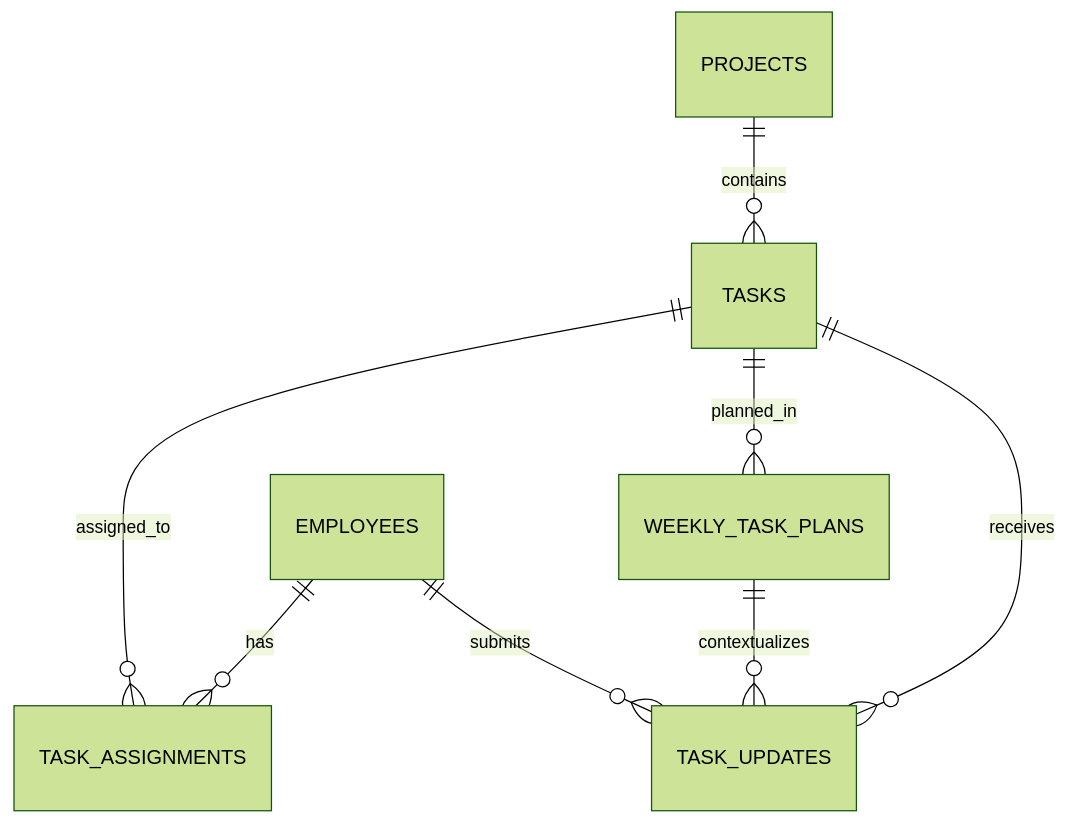
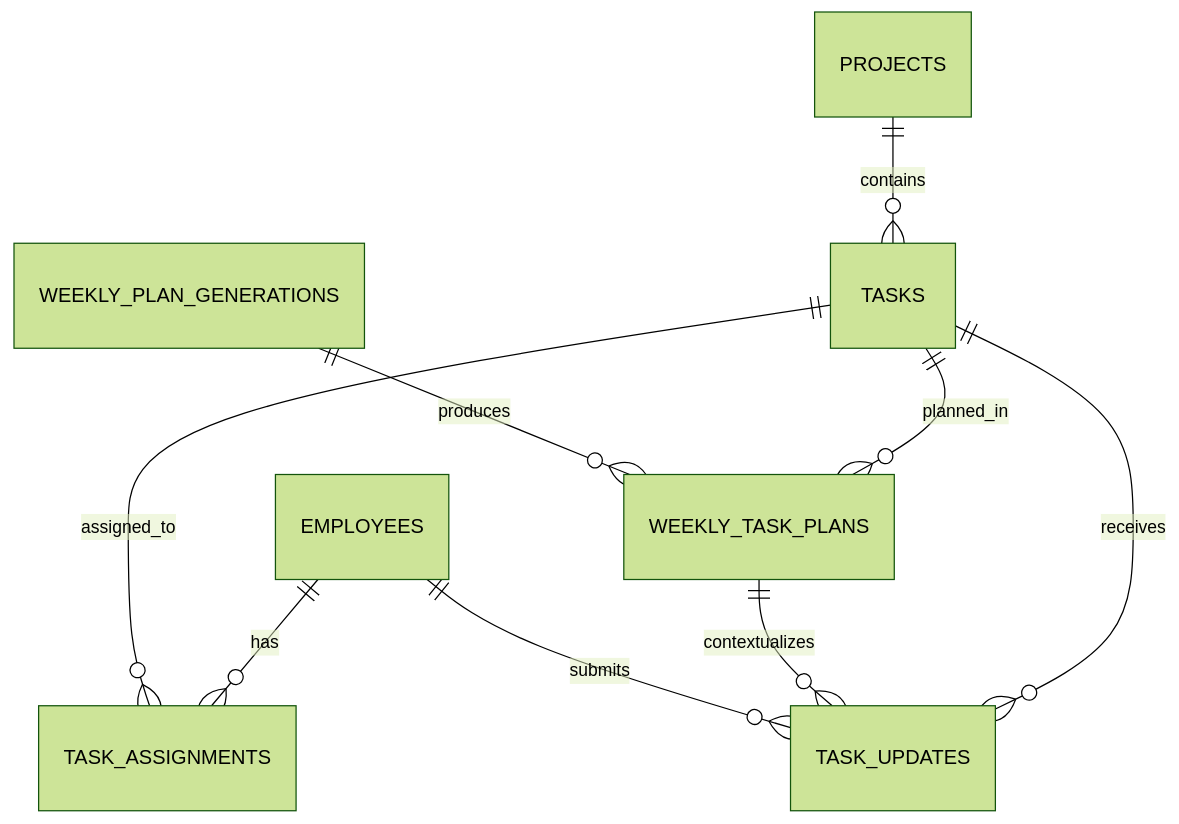
Before and after one commit to dabbitz/weekly-worker-tracker: the second of 2 diagrams in README.md, drawn with Mermaid (forest theme). The commit also changed other lines of this file and 24 other files, not shown here.

````diff
--- a/README.md
+++ b/README.md
@@ -300,10 +332,11 @@
 ```mermaid
 erDiagram
     EMPLOYEES ||--o{ TASK_ASSIGNMENTS : has
     TASKS ||--o{ TASK_ASSIGNMENTS : assigned_to
     PROJECTS ||--o{ TASKS : contains
     TASKS ||--o{ WEEKLY_TASK_PLANS : planned_in
+    WEEKLY_PLAN_GENERATIONS ||--o{ WEEKLY_TASK_PLANS : produces
     TASKS ||--o{ TASK_UPDATES : receives
     WEEKLY_TASK_PLANS ||--o{ TASK_UPDATES : contextualizes
     EMPLOYEES ||--o{ TASK_UPDATES : submits
 ```
````
